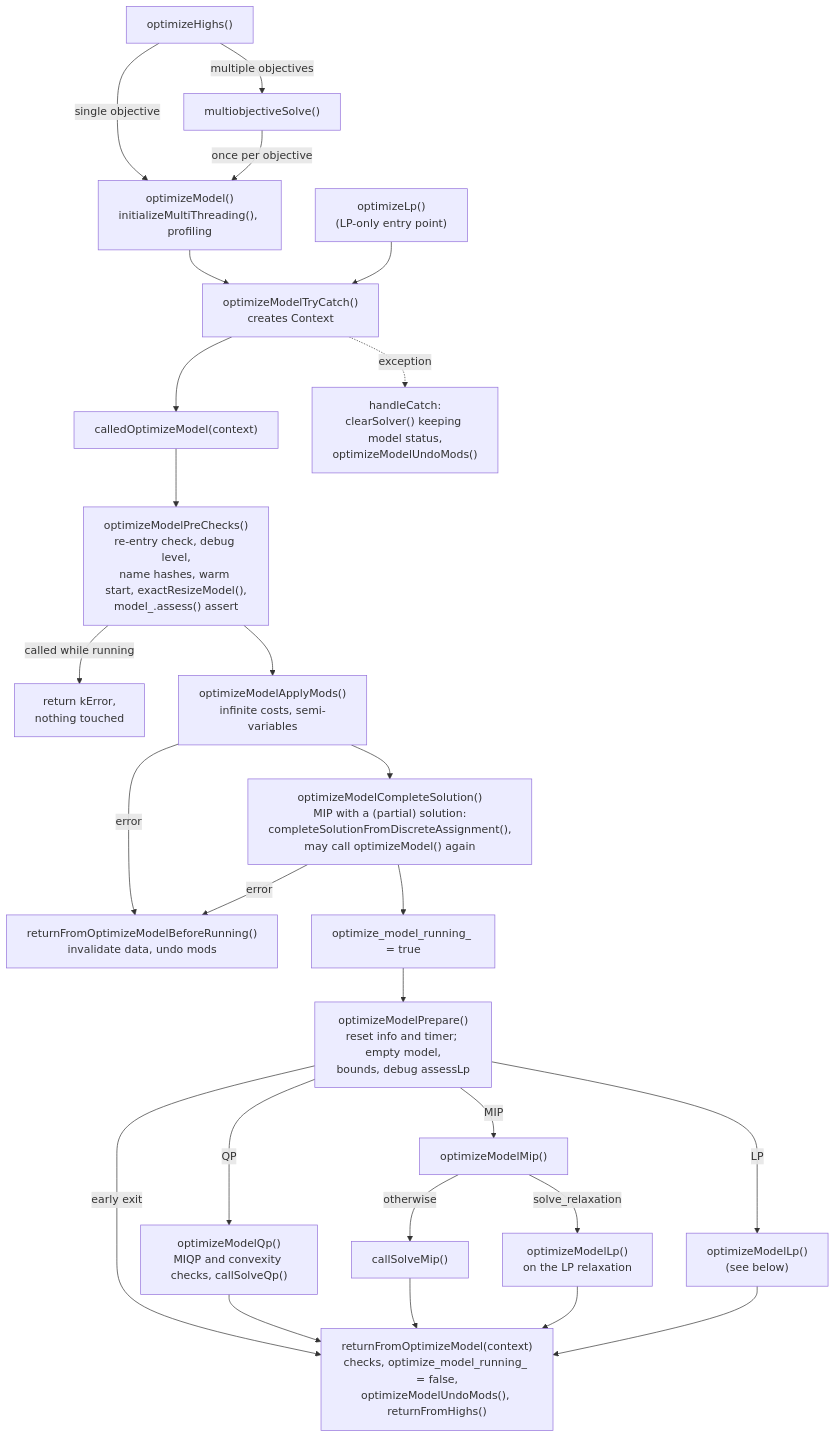
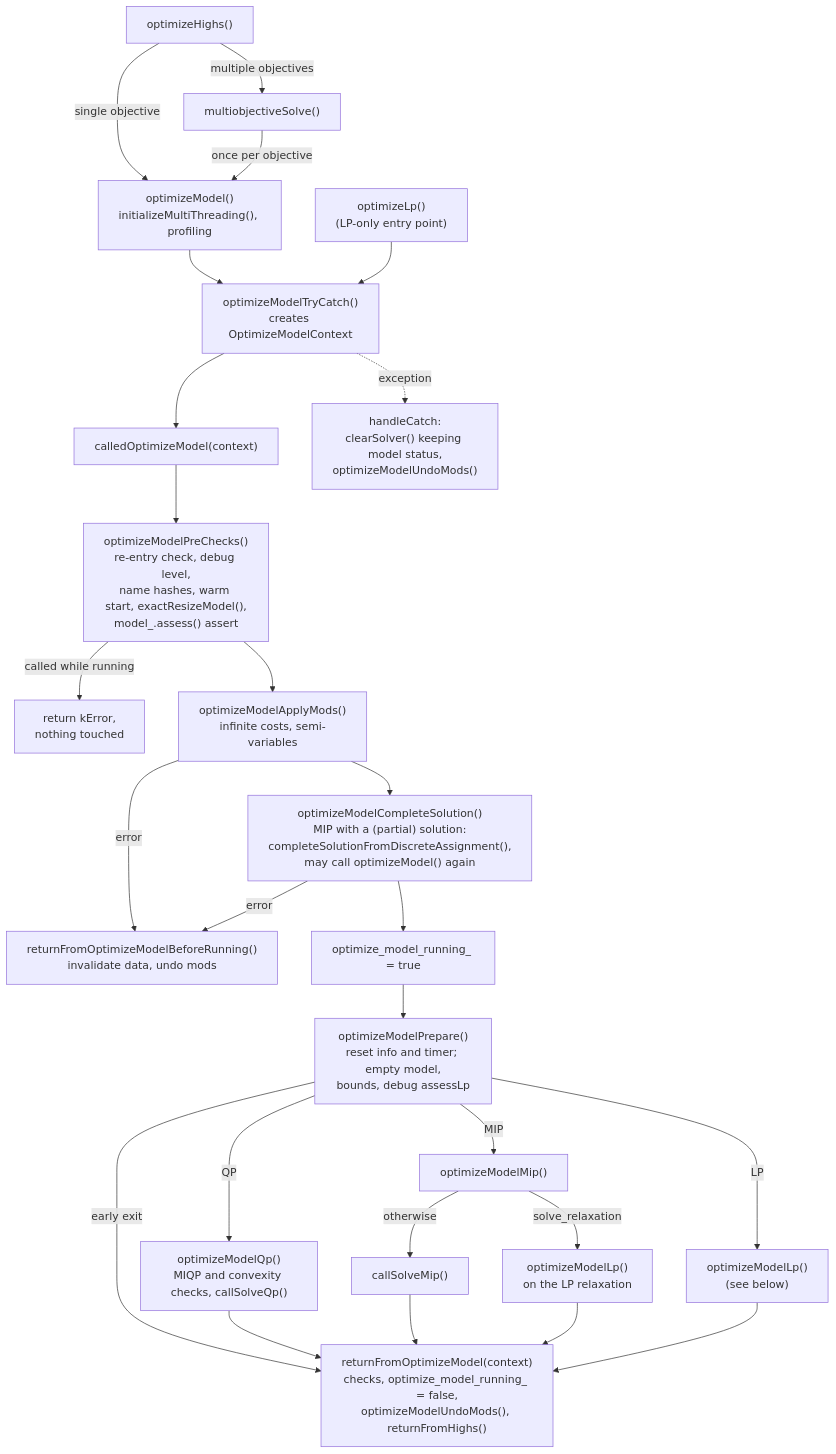
Before and after one commit to ERGO-Code/HiGHS: the second of 3 diagrams in highs/OptimizeModelRefactor.md, drawn with Mermaid. The commit also changed other lines of this file and 3 other files, not shown here.

````diff
--- a/highs/OptimizeModelRefactor.md
+++ b/highs/OptimizeModelRefactor.md
@@ -68,32 +68,32 @@
 ```mermaid
 flowchart TD
     optimizeHighs["optimizeHighs()"] -->|multiple objectives| multi["multiobjectiveSolve()"]
     optimizeHighs -->|single objective| optimizeModel["optimizeModel()<br/>initializeMultiThreading(), profiling"]
     multi -->|once per objective| optimizeModel
 
-    optimizeModel --> tryCatch["optimizeModelTryCatch()<br/>creates Context"]
+    optimizeModel --> tryCatch["optimizeModelTryCatch()<br/>creates OptimizeModelContext"]
     optimizeLp["optimizeLp()<br/>(LP-only entry point)"] --> tryCatch
     tryCatch --> called["calledOptimizeModel(context)"]
     tryCatch -.->|exception| catch["handleCatch:<br/>clearSolver() keeping model status,<br/>optimizeModelUndoMods()"]
 
     called --> preChecks["optimizeModelPreChecks()<br/>re-entry check, debug level,<br/>name hashes, warm start, exactResizeModel(),<br/>model_.assess() assert"]
     preChecks -->|"called while running"| refuse["return kError,<br/>nothing touched"]
     preChecks --> applyMods["optimizeModelApplyMods()<br/>infinite costs, semi-variables"]
     applyMods --> complete["optimizeModelCompleteSolution()<br/>MIP with a (partial) solution:<br/>completeSolutionFromDiscreteAssignment(),<br/>may call optimizeModel() again"]
     applyMods -->|error| early["returnFromOptimizeModelBeforeRunning()<br/>invalidate data, undo mods"]
     complete -->|error| early
     complete --> running["optimize_model_running_ = true"]
     running --> prepare["optimizeModelPrepare()<br/>reset info and timer; empty model,<br/>bounds, debug assessLp"]
 
     prepare -->|QP| qp["optimizeModelQp()<br/>MIQP and convexity checks, callSolveQp()"]
     prepare -->|MIP| mip["optimizeModelMip()"]
     prepare -->|LP| lp["optimizeModelLp()<br/>(see below)"]
     mip -->|solve_relaxation| relax["optimizeModelLp()<br/>on the LP relaxation"]
     mip -->|otherwise| callMip["callSolveMip()"]
 
     prepare -->|early exit| returnFrom
     qp --> returnFrom["returnFromOptimizeModel(context)<br/>checks, optimize_model_running_ = false,<br/>optimizeModelUndoMods(), returnFromHighs()"]
     callMip --> returnFrom
     relax --> returnFrom
     lp --> returnFrom
 ```
````
